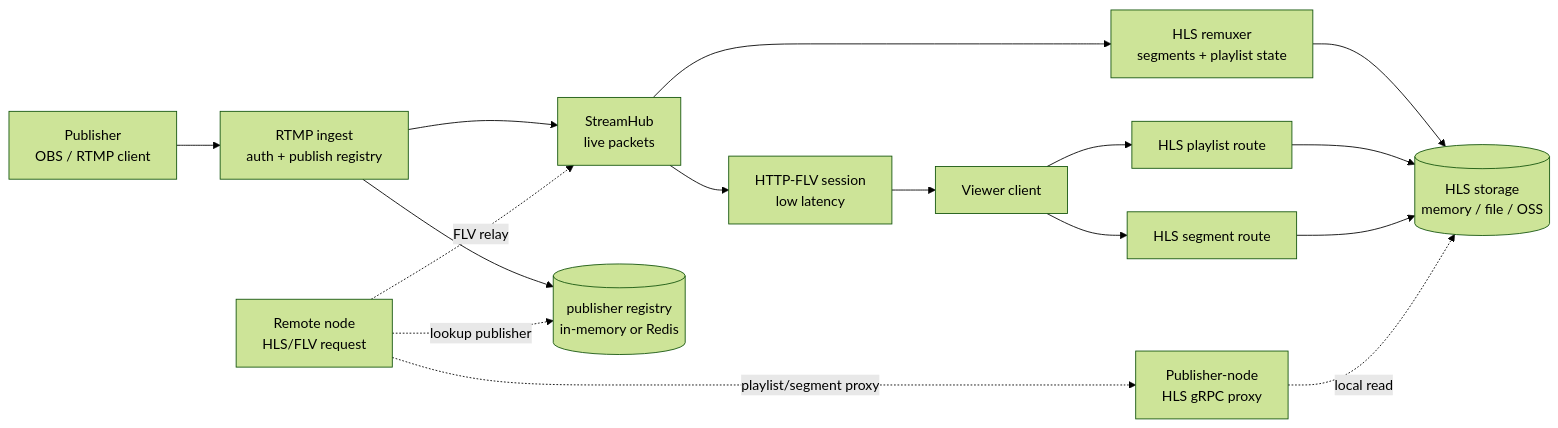
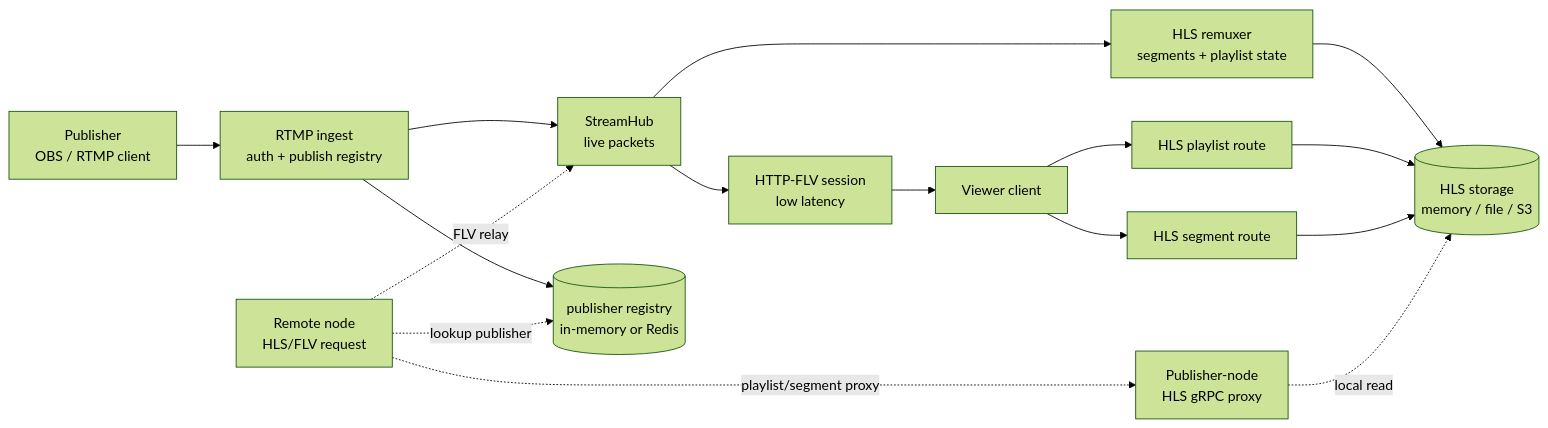
The diagram in docs/src/diagrams/livestream-pipeline.mmd (synctv-org/synctv), drawn with Mermaid (forest theme) before and after one commit. The commit also changed 162 other files, not shown here.

```diff
--- a/docs/src/diagrams/livestream-pipeline.mmd
+++ b/docs/src/diagrams/livestream-pipeline.mmd
@@ -1,24 +1,24 @@
 flowchart LR
   Publisher[Publisher<br/>OBS / RTMP client]
   RTMP[RTMP ingest<br/>auth + publish registry]
   Hub[StreamHub<br/>live packets]
   FLV[HTTP-FLV session<br/>low latency]
   Remux[HLS remuxer<br/>segments + playlist state]
-  Storage[(HLS storage<br/>memory / file / OSS)]
+  Storage[(HLS storage<br/>memory / file / S3)]
   Playlist[HLS playlist route]
   Segment[HLS segment route]
   Viewer[Viewer client]
   Registry[(publisher registry<br/>in-memory or Redis)]
   Remote[Remote node<br/>HLS/FLV request]
   HLSProxy[Publisher-node<br/>HLS gRPC proxy]
 
   Publisher --> RTMP --> Hub
   RTMP --> Registry
   Hub --> FLV --> Viewer
   Hub --> Remux --> Storage
   Viewer --> Playlist --> Storage
   Viewer --> Segment --> Storage
   Remote -. lookup publisher .-> Registry
   Remote -. FLV relay .-> Hub
   Remote -. playlist/segment proxy .-> HLSProxy
   HLSProxy -. local read .-> Storage
```
